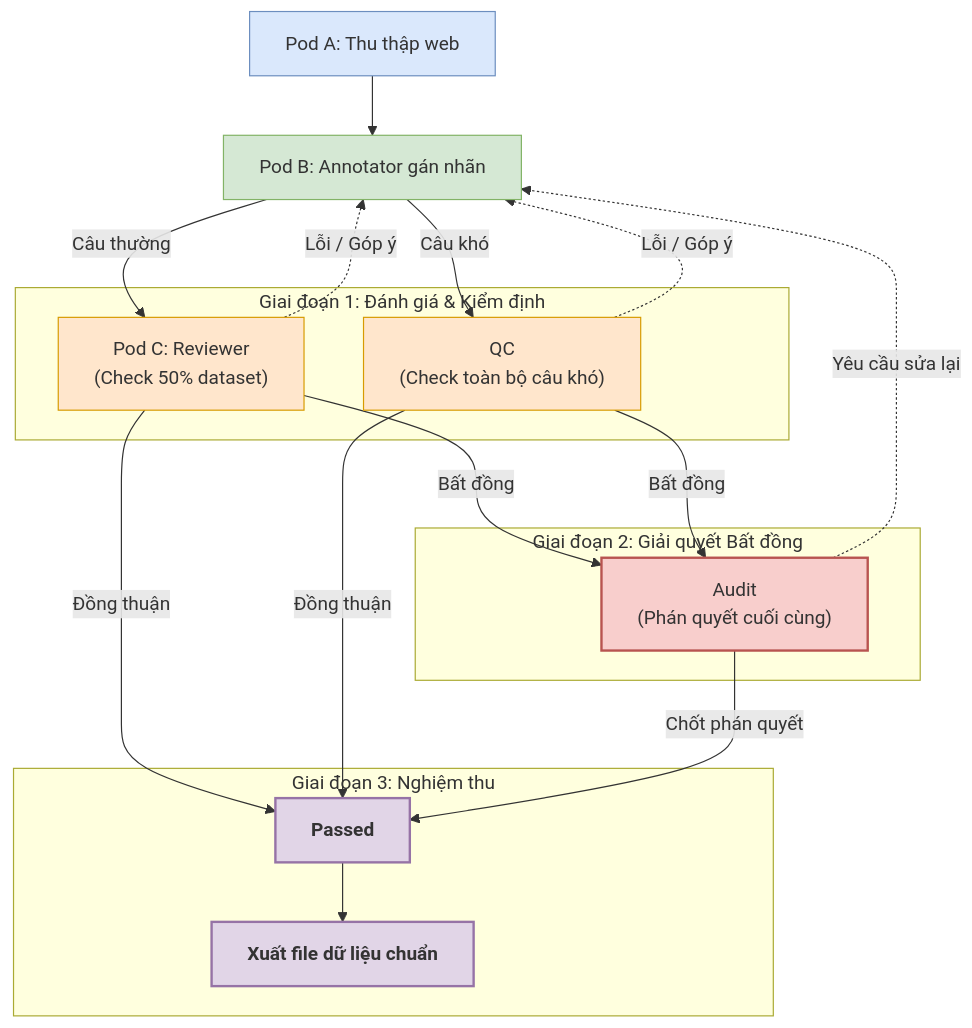
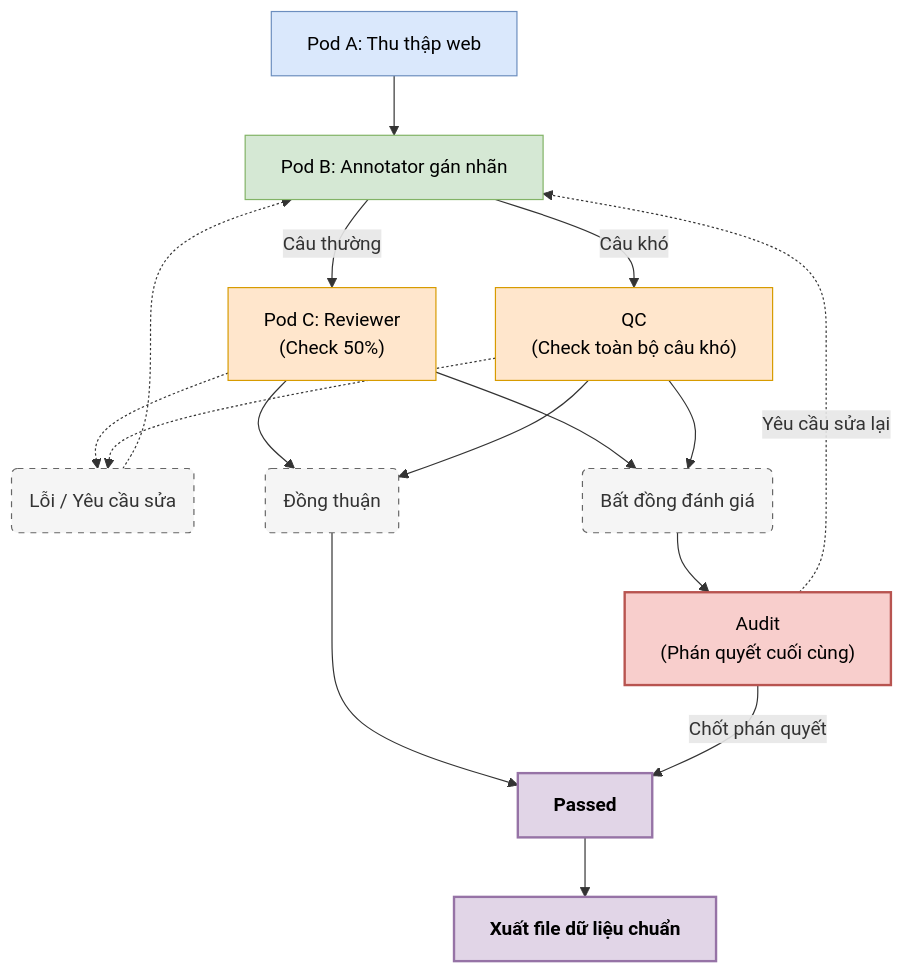
Before and after one commit to hoadm-net/ViChartQA: the diagram in proposal.md, drawn with Mermaid.

Commit message:
Optimize Mermaid diagram to eliminate crossing lines and text overlaps

````diff
--- a/proposal.md
+++ b/proposal.md
@@ -123,41 +123,40 @@
 ```mermaid
 graph TD
-    %% Định dạng CSS cho từng cụm
-    classDef podA fill:#dae8fc,stroke:#6c8ebf;
-    classDef podB fill:#d5e8d4,stroke:#82b366;
-    classDef review fill:#ffe6cc,stroke:#d79b00;
-    classDef audit fill:#f8cecc,stroke:#b85450,stroke-width:2px;
-    classDef pass fill:#e1d5e7,stroke:#9673a6,stroke-width:2px,font-weight:bold;
+    classDef podA fill:#dae8fc,stroke:#6c8ebf,color:#000;
+    classDef podB fill:#d5e8d4,stroke:#82b366,color:#000;
+    classDef review fill:#ffe6cc,stroke:#d79b00,color:#000;
+    classDef audit fill:#f8cecc,stroke:#b85450,stroke-width:2px,color:#000;
+    classDef pass fill:#e1d5e7,stroke:#9673a6,stroke-width:2px,font-weight:bold,color:#000;
+    classDef state fill:#f5f5f5,stroke:#666,stroke-dasharray: 5 5,color:#333;
 
     P1["Pod A: Thu thập web"]:::podA --> P2["Pod B: Annotator gán nhãn"]:::podB
     
-    subgraph "Giai đoạn 1: Đánh giá & Kiểm định"
-        P3["Pod C: Reviewer<br>(Check 50% dataset)"]:::review
-        P4["QC<br>(Check toàn bộ câu khó)"]:::review
-    end
+    P2 -->|"Câu thường"| P3["Pod C: Reviewer<br>(Check 50%)"]:::review
+    P2 -->|"Câu khó"| P4["QC<br>(Check toàn bộ câu khó)"]:::review
+    
+    %% Trạng thái trung gian để gom nhánh (tránh rối text đè lên đường kẻ)
+    S_Error("Lỗi / Yêu cầu sửa"):::state
+    S_Disagree("Bất đồng đánh giá"):::state
+    S_Agree("Đồng thuận"):::state
 
-    P2 -->|"Câu thường"| P3
-    P2 -->|"Câu khó"| P4
+    %% Gom nhánh Lỗi
+    P3 -.-> S_Error
+    P4 -.-> S_Error
+    S_Error -.-> P2
+
+    %% Gom nhánh Bất đồng
+    P3 --> S_Disagree
+    P4 --> S_Disagree
+    S_Disagree --> P5["Audit<br>(Phán quyết cuối cùng)"]:::audit
+
+    %% Nhánh Audit phản hồi
+    P5 -.->|"Yêu cầu sửa lại"| P2
+
+    %% Gom nhánh Đồng thuận
+    P3 --> S_Agree
+    P4 --> S_Agree
+    S_Agree --> P6["Passed"]:::pass
+    P5 -->|"Chốt phán quyết"| P6
     
-    subgraph "Giai đoạn 2: Giải quyết Bất đồng"
-        P5["Audit<br>(Phán quyết cuối cùng)"]:::audit
-    end
-
-    P3 -->|"Bất đồng"| P5
-    P4 -->|"Bất đồng"| P5
-    
-    subgraph "Giai đoạn 3: Nghiệm thu"
-        P6["Passed"]:::pass
-        P7["Xuất file dữ liệu chuẩn"]:::pass
-    end
-
-    P3 -->|"Đồng thuận"| P6
-    P4 -->|"Đồng thuận"| P6
-    P5 -->|"Chốt phán quyết"| P6
-    P6 --> P7
-    
-    %% Vòng lặp phản hồi (Feedback)
-    P3 -.->|"Lỗi / Góp ý"| P2
-    P4 -.->|"Lỗi / Góp ý"| P2
-    P5 -.->|"Yêu cầu sửa lại"| P2
+    P6 --> P7["Xuất file dữ liệu chuẩn"]:::pass
 ```
````
